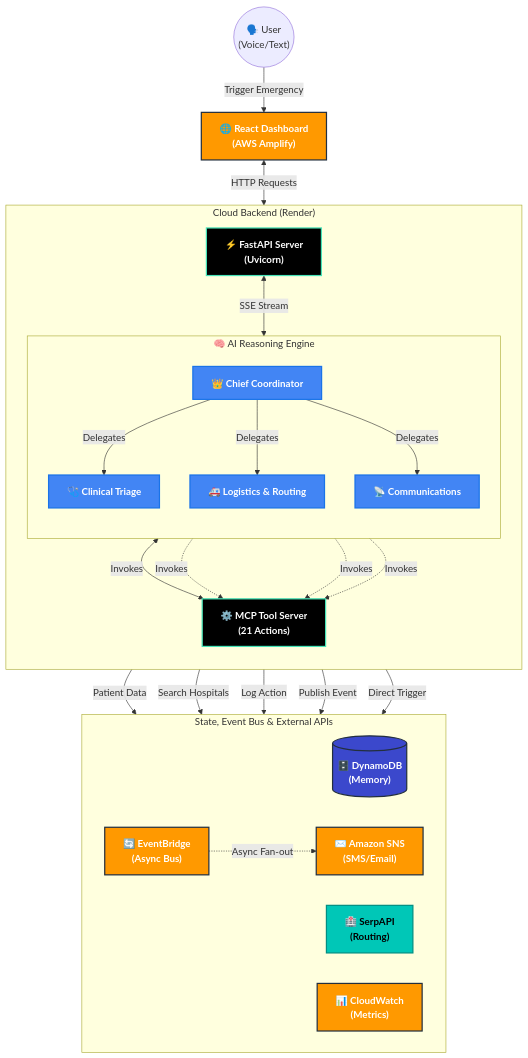
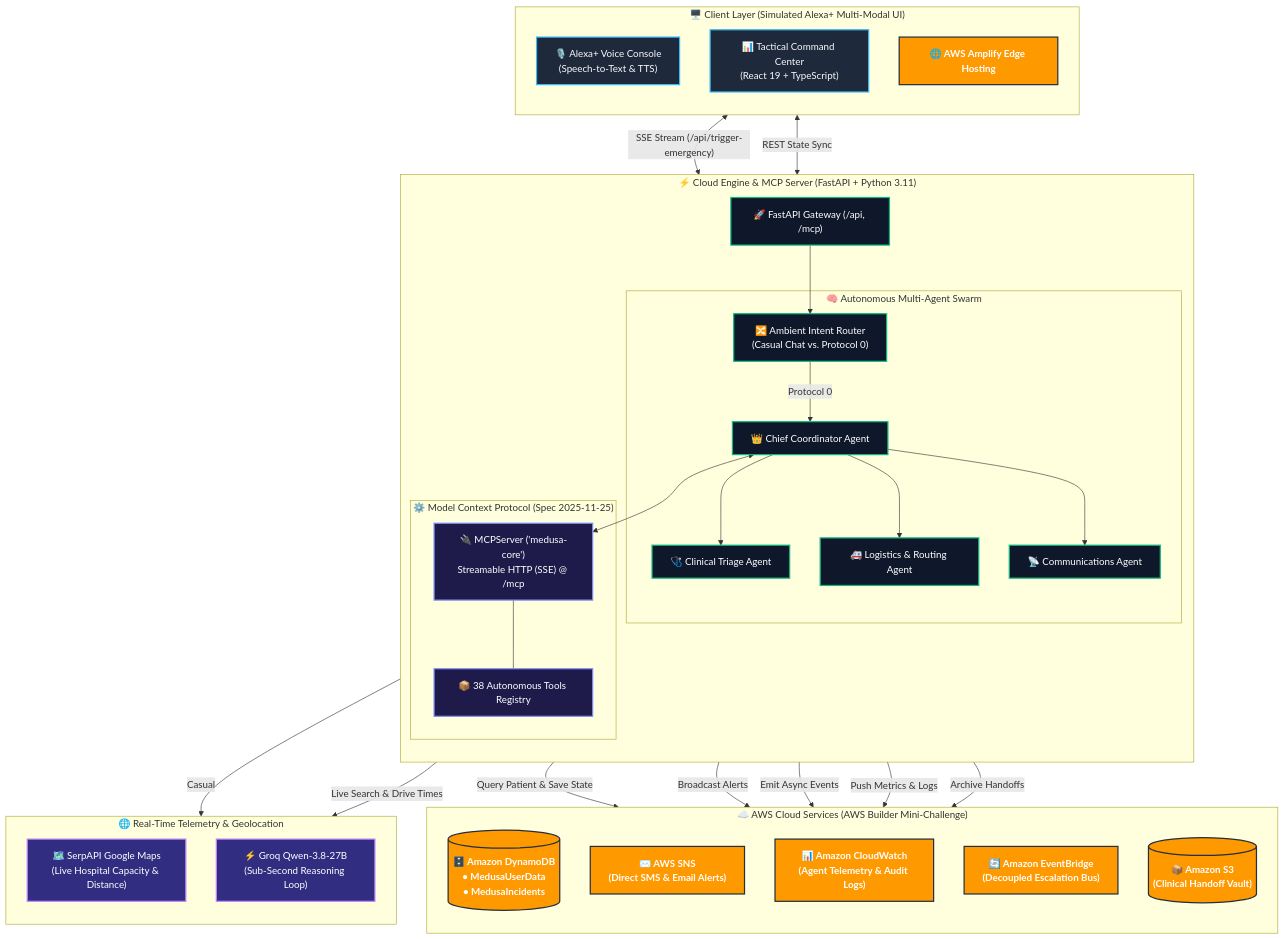
One commit to Nexorax-nk/MEDUSA changed the diagram in README.md. Above: the diagram before and after it, drawn with Mermaid. The commit also changed other lines of this file and 26 other files, not shown here.

Commit message:
docs: add high-res architecture diagram and finalize hackathon submission

````diff
--- a/README.md
+++ b/README.md
@@ -62,60 +322,70 @@
 ```mermaid
-%%{init: {'flowchart': {'nodesep': 100, 'ranksep': 120}}}%%
 flowchart TD
-    %% Styling
-    classDef aws fill:#FF9900,stroke:#232F3E,stroke-width:2px,color:white,font-weight:bold;
-    classDef render fill:#000000,stroke:#46E3B7,stroke-width:2px,color:white,font-weight:bold;
-    classDef llm fill:#4285F4,stroke:#1A73E8,stroke-width:2px,color:white,font-weight:bold;
-    classDef db fill:#3B48CC,stroke:#232F3E,stroke-width:2px,color:white,font-weight:bold;
-    classDef api fill:#00C7B7,stroke:#008F83,stroke-width:2px,color:black,font-weight:bold;
+    %% Styling Classes
+    classDef client fill:#1E293B,stroke:#38BDF8,stroke-width:2px,color:#F8FAFC;
+    classDef aws fill:#FF9900,stroke:#232F3E,stroke-width:2px,color:#FFFFFF,font-weight:bold;
+    classDef backend fill:#0F172A,stroke:#10B981,stroke-width:2px,color:#FFFFFF;
+    classDef mcp fill:#1E1B4B,stroke:#818CF8,stroke-width:2px,color:#FFFFFF;
+    classDef external fill:#312E81,stroke:#C084FC,stroke-width:2px,color:#FFFFFF;
 
-    User(("🗣️ User<br/>(Voice/Text)"))
-    Frontend["🌐 React Dashboard<br/>(AWS Amplify)"]:::aws
-
-    User -->|"Trigger Emergency"| Frontend
-
-    subgraph "Cloud Backend (Render)"
+    subgraph CLIENT_LAYER ["🖥️ Client Layer (Simulated Alexa+ Multi-Modal UI)"]
         direction TB
-        FastAPI["⚡ FastAPI Server<br/>(Uvicorn)"]:::render
-        
-        subgraph "🧠 AI Reasoning Engine"
-            direction TB
-            ChiefAgent["👑 Chief Coordinator"]:::llm
-            TriageAgent["🩺 Clinical Triage"]:::llm
-            LogisticsAgent["🚑 Logistics & Routing"]:::llm
-            CommsAgent["📡 Communications"]:::llm
-            
-            ChiefAgent -->|"Delegates"| TriageAgent
-            ChiefAgent -->|"Delegates"| LogisticsAgent
-            ChiefAgent -->|"Delegates"| CommsAgent
-        end
-        
-        MCP["⚙️ MCP Tool Server<br/>(21 Actions)"]:::render
-
-        FastAPI <-->|"SSE Stream"| ChiefAgent
-        ChiefAgent <-->|"Invokes"| MCP
-        TriageAgent -.->|"Invokes"| MCP
-        LogisticsAgent -.->|"Invokes"| MCP
-        CommsAgent -.->|"Invokes"| MCP
+        VoiceConsole["🎙️ Alexa+ Voice Console<br/>(Speech-to-Text & TTS)"]:::client
+        CommandCenter["📊 Tactical Command Center<br/>(React 19 + TypeScript)"]:::client
+        AmplifyHost["🌐 AWS Amplify Edge Hosting"]:::aws
     end
 
-    Frontend <-->|"HTTP Requests"| FastAPI
+    subgraph BACKEND_LAYER ["⚡ Cloud Engine & MCP Server (FastAPI + Python 3.11)"]
+        direction TB
+        FastAPIServer["🚀 FastAPI Gateway (/api, /mcp)"]:::backend
+        
+        subgraph AGENT_SWARM ["🧠 Autonomous Multi-Agent Swarm"]
+            IntentRouter["🔀 Ambient Intent Router<br/>(Casual Chat vs. Protocol 0)"]:::backend
+            ChiefAgent["👑 Chief Coordinator Agent"]:::backend
+            TriageAgent["🩺 Clinical Triage Agent"]:::backend
+            LogisticsAgent["🚑 Logistics & Routing Agent"]:::backend
+            CommsAgent["📡 Communications Agent"]:::backend
+        end
 
-    subgraph "State, Event Bus & External APIs"
-        direction LR
-        DynamoDB[("🗄️ DynamoDB<br/>(Memory)")]:::db
-        SerpAPI["🏥 SerpAPI<br/>(Routing)"]:::api
-        CloudWatch["📊 CloudWatch<br/>(Metrics)"]:::aws
-        EventBridge["🔄 EventBridge<br/>(Async Bus)"]:::aws
-        SNS["✉️ Amazon SNS<br/>(SMS/Email)"]:::aws
+        subgraph MCP_CORE ["⚙️ Model Context Protocol (Spec 2025-11-25)"]
+            MCPServer["🔌 MCPServer ('medusa-core')<br/>Streamable HTTP (SSE) @ /mcp"]:::mcp
+            ToolRegistry["📦 38 Autonomous Tools Registry"]:::mcp
+        end
     end
 
-    %% Execution Connections
-    MCP -->|"Patient Data"| DynamoDB
-    MCP -->|"Search Hospitals"| SerpAPI
-    MCP -->|"Log Action"| CloudWatch
-    MCP -->|"Publish Event"| EventBridge
+    subgraph AWS_INFRA ["☁️ AWS Cloud Services (AWS Builder Mini-Challenge)"]
+        direction TB
+        DynamoDB[("🗄️ Amazon DynamoDB<br/>• MedusaUserData<br/>• MedusaIncidents")]:::aws
+        SNS["✉️ AWS SNS<br/>(Direct SMS & Email Alerts)"]:::aws
+        CloudWatch["📊 Amazon CloudWatch<br/>(Agent Telemetry & Audit Logs)"]:::aws
+        EventBridge["🔄 Amazon EventBridge<br/>(Decoupled Escalation Bus)"]:::aws
+        S3Bucket[("📦 Amazon S3<br/>(Clinical Handoff Vault)")]:::aws
+    end
+
+    subgraph EXTERNAL_APIS ["🌐 Real-Time Telemetry & Geolocation"]
+        direction TB
+        SerpAPI["🗺️ SerpAPI Google Maps<br/>(Live Hospital Capacity & Distance)"]:::external
+        GroqLLM["⚡ Groq Qwen-3.8-27B<br/>(Sub-Second Reasoning Loop)"]:::external
+    end
+
+    %% Flow Connections
+    VoiceConsole <-->|"SSE Stream (/api/trigger-emergency)"| FastAPIServer
+    CommandCenter <-->|"REST State Sync"| FastAPIServer
+    FastAPIServer --> IntentRouter
+    IntentRouter -->|"Casual"| GroqLLM
+    IntentRouter -->|"Protocol 0"| ChiefAgent
     
-    EventBridge -.->|"Async Fan-out"| SNS
-    MCP -->|"Direct Trigger"| SNS
+    ChiefAgent --> TriageAgent
+    ChiefAgent --> LogisticsAgent
+    ChiefAgent --> CommsAgent
+    
+    ChiefAgent <--> MCPServer
+    MCPServer --- ToolRegistry
+    
+    ToolRegistry -->|"Query Patient & Save State"| DynamoDB
+    ToolRegistry -->|"Broadcast Alerts"| SNS
+    ToolRegistry -->|"Emit Async Events"| EventBridge
+    ToolRegistry -->|"Push Metrics & Logs"| CloudWatch
+    ToolRegistry -->|"Archive Handoffs"| S3Bucket
+    ToolRegistry -->|"Live Search & Drive Times"| SerpAPI
 ```
````
